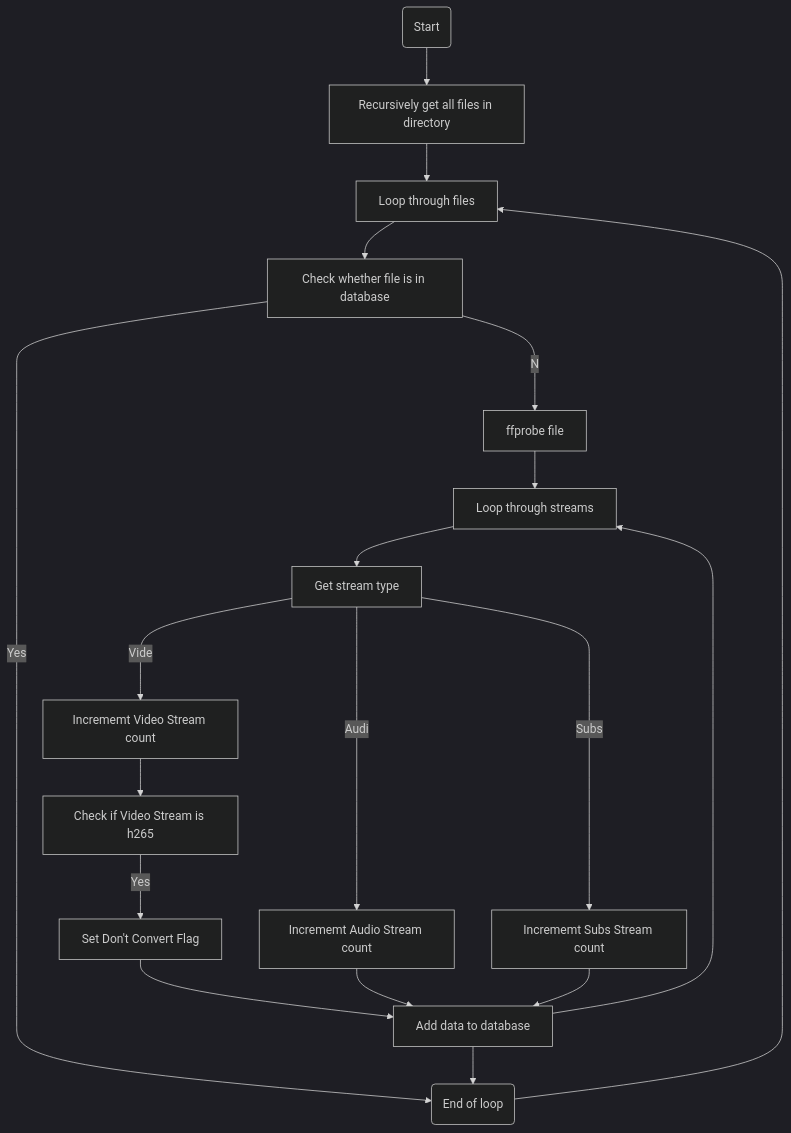
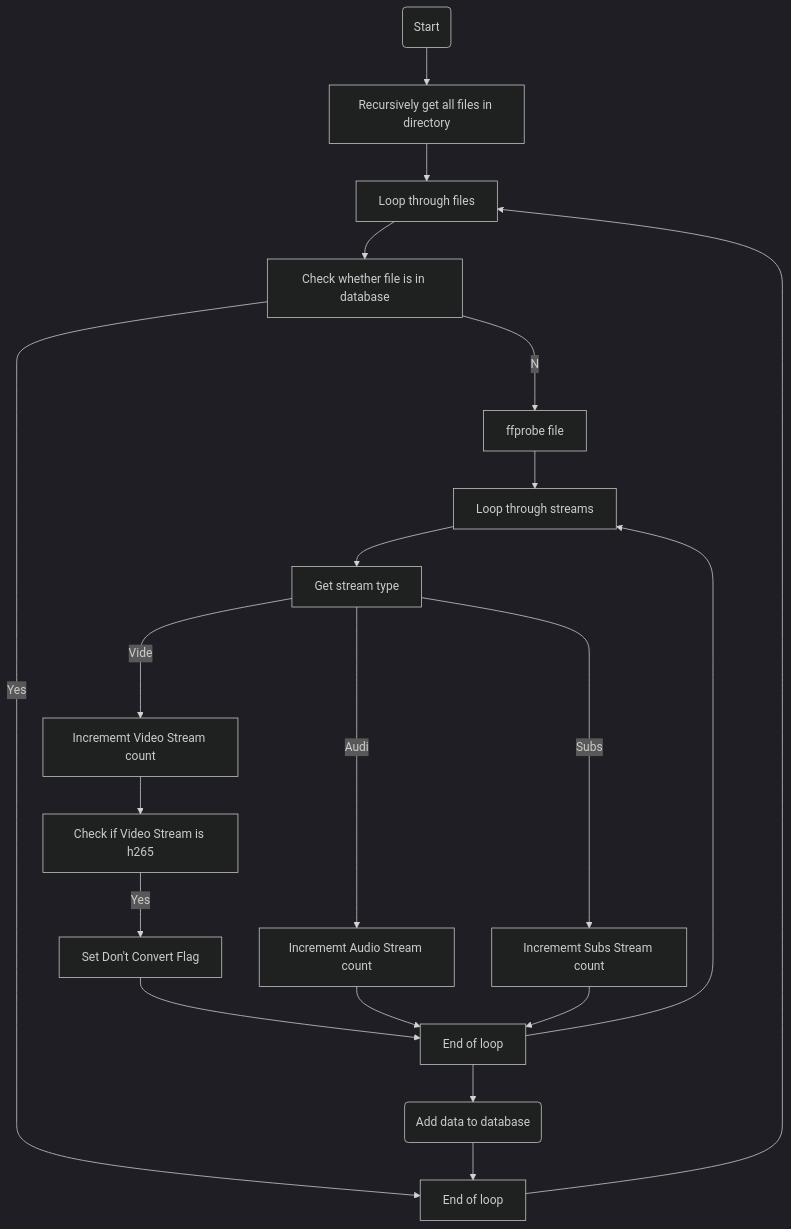
One commit to schleising/convert-to-h265 changed the first of 2 diagrams in README.md. Above: the diagram before and after it, drawn with Mermaid (dark theme).

Commit message:
Further tweak to design

````diff
--- a/README.md
+++ b/README.md
@@ -7,21 +7,22 @@
 ```mermaid
 graph TD
     A(Start) --> B[Recursively get all files in directory]
     B --> C[Loop through files]
     C --> D[Check whether file is in database]
     D --No--> E[ffprobe file]
-    D --Yes--> N
+    D --Yes--> O
     E --> F[Loop through streams]
     F --> G[Get stream type]
     G --Video--> H[Incrememt Video Stream count]
     G --Audio--> I[Incrememt Audio Stream count]
     G --Subs--> J[Incrememt Subs Stream count]
     H --> K[Check if Video Stream is h265]
     K --Yes--> L[Set Don't Convert Flag]
-    L --> M[Add data to database]
+    L --> M[End of loop]
     I --> M
     J --> M
     M --> F
-    M --> N(End of loop)
-    N --> C
+    M --> N(Add data to database)
+    N --> O[End of loop]
+    O --> C
 ```
````
